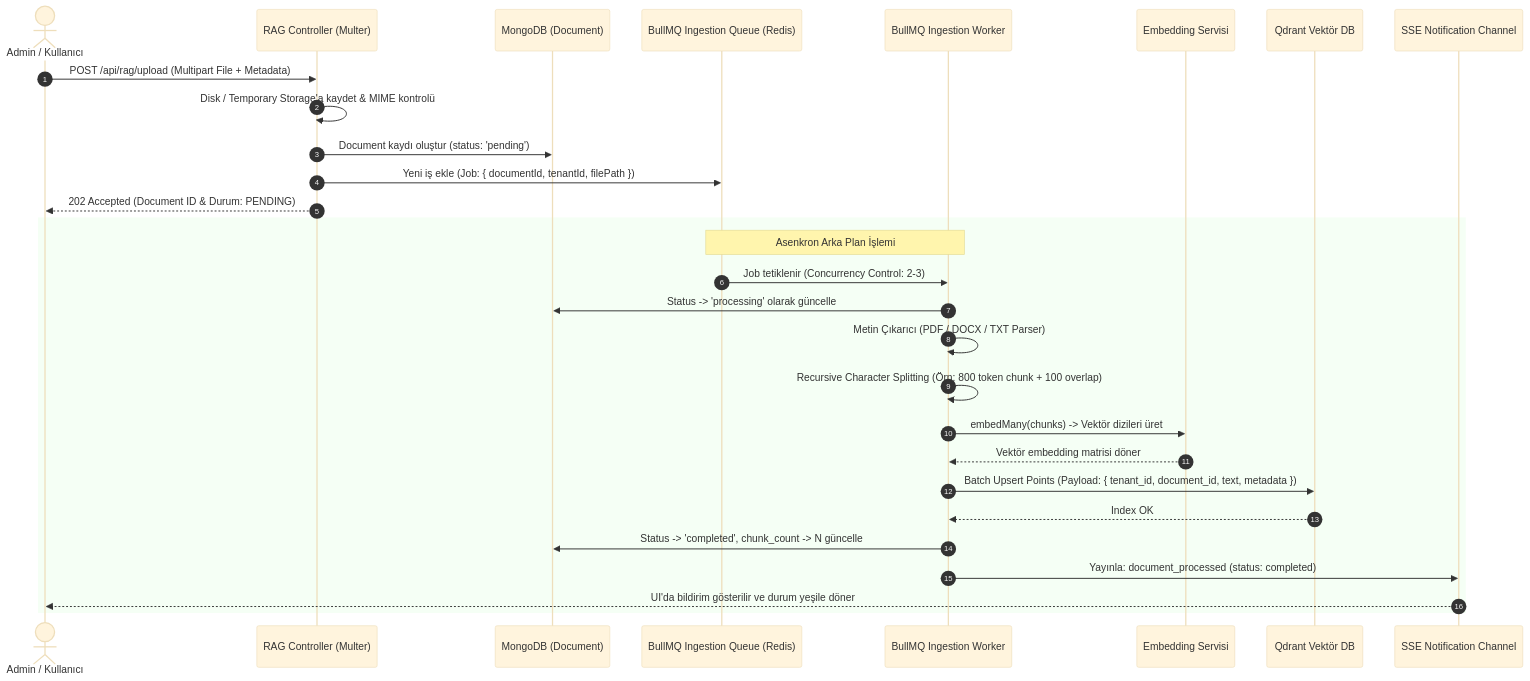
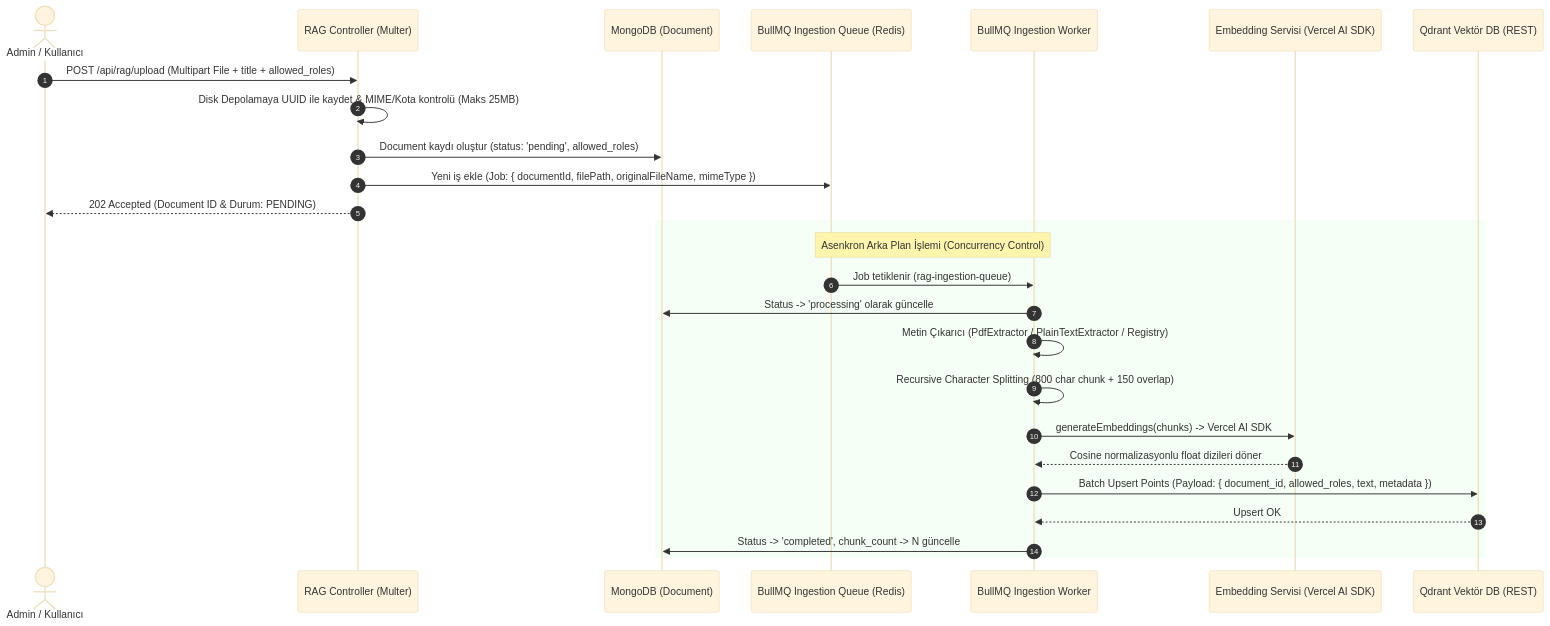
One commit to aemreceylan/localAIApp changed the third of 5 diagrams in documents/common/data_and_business_workflows.md. Above: the diagram before and after it, drawn with Mermaid (base theme). The commit also changed other lines of this file and 3 other files, not shown here.

Commit message:
docs: add architecture, workflows, system context, and vitest config

````diff
--- a/documents/common/data_and_business_workflows.md
+++ b/documents/common/data_and_business_workflows.md
@@ -349,33 +380,30 @@
 ```mermaid
 sequenceDiagram
     autonumber
     actor Admin as Admin / Kullanıcı
     participant API as RAG Controller (Multer)
     participant DB as MongoDB (Document)
     participant Queue as BullMQ Ingestion Queue (Redis)
     participant Worker as BullMQ Ingestion Worker
-    participant AIEmbed as Embedding Servisi
-    participant Qdrant as Qdrant Vektör DB
-    participant SSE as SSE Notification Channel
+    participant AIEmbed as Embedding Servisi (Vercel AI SDK)
+    participant Qdrant as Qdrant Vektör DB (REST)
 
-    Admin->>API: POST /api/rag/upload (Multipart File + Metadata)
-    API->>API: Disk / Temporary Storage'a kaydet & MIME kontrolü
-    API->>DB: Document kaydı oluştur (status: 'pending')
-    API->>Queue: Yeni iş ekle (Job: { documentId, tenantId, filePath })
+    Admin->>API: POST /api/rag/upload (Multipart File + title + allowed_roles)
+    API->>API: Disk Depolamaya UUID ile kaydet & MIME/Kota kontrolü (Maks 25MB)
+    API->>DB: Document kaydı oluştur (status: 'pending', allowed_roles)
+    API->>Queue: Yeni iş ekle (Job: { documentId, filePath, originalFileName, mimeType })
     API-->>Admin: 202 Accepted (Document ID & Durum: PENDING)
 
     rect rgb(245, 255, 245)
-    Note over Queue, Worker: Asenkron Arka Plan İşlemi
-    Queue->>Worker: Job tetiklenir (Concurrency Control: 2-3)
+    Note over Queue, Worker: Asenkron Arka Plan İşlemi (Concurrency Control)
+    Queue->>Worker: Job tetiklenir (rag-ingestion-queue)
     Worker->>DB: Status -> 'processing' olarak güncelle
-    Worker->>Worker: Metin Çıkarıcı (PDF / DOCX / TXT Parser)
-    Worker->>Worker: Recursive Character Splitting (Örn: 800 token chunk + 100 overlap)
-    Worker->>AIEmbed: embedMany(chunks) -> Vektör dizileri üret
-    AIEmbed-->>Worker: Vektör embedding matrisi döner
-    Worker->>Qdrant: Batch Upsert Points (Payload: { tenant_id, document_id, text, metadata })
-    Qdrant-->>Worker: Index OK
+    Worker->>Worker: Metin Çıkarıcı (PdfExtractor / PlainTextExtractor / Registry)
+    Worker->>Worker: Recursive Character Splitting (800 char chunk + 150 overlap)
+    Worker->>AIEmbed: generateEmbeddings(chunks) -> Vercel AI SDK
+    AIEmbed-->>Worker: Cosine normalizasyonlu float dizileri döner
+    Worker->>Qdrant: Batch Upsert Points (Payload: { document_id, allowed_roles, text, metadata })
+    Qdrant-->>Worker: Upsert OK
     Worker->>DB: Status -> 'completed', chunk_count -> N güncelle
-    Worker->>SSE: Yayınla: document_processed (status: completed)
-    SSE-->>Admin: UI'da bildirim gösterilir ve durum yeşile döner
     end
 ```
````
